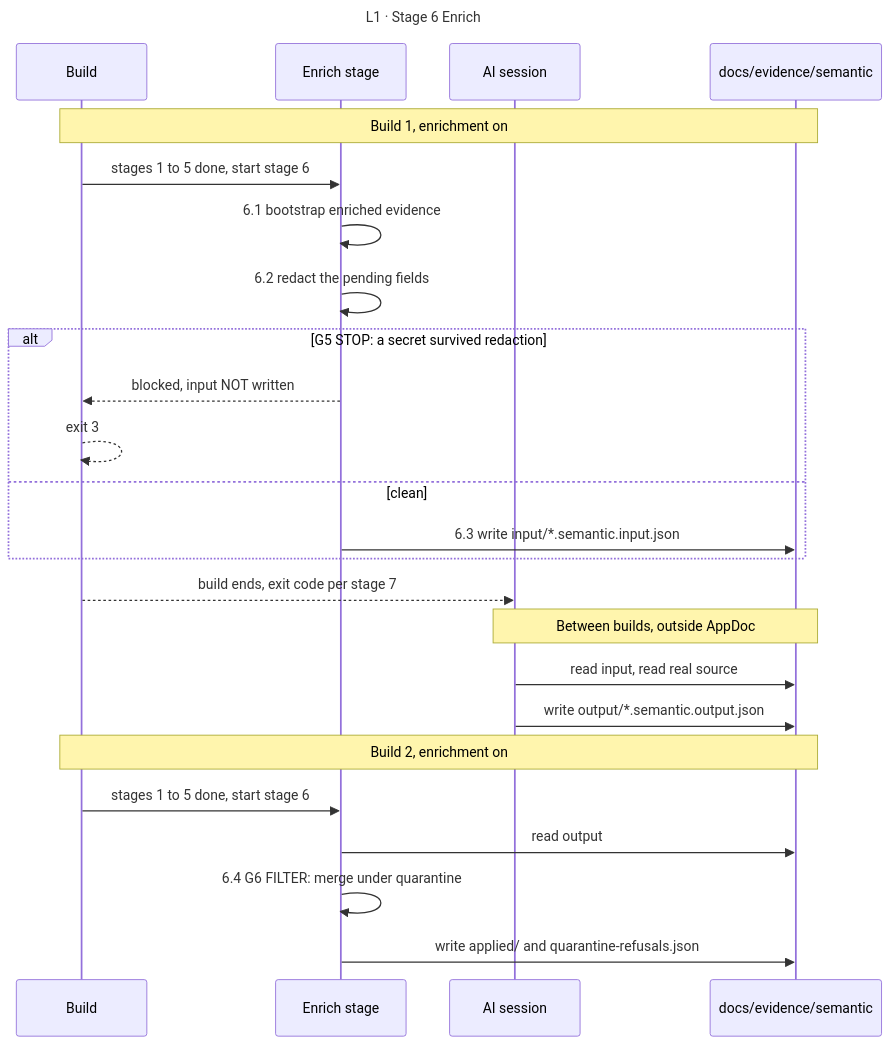
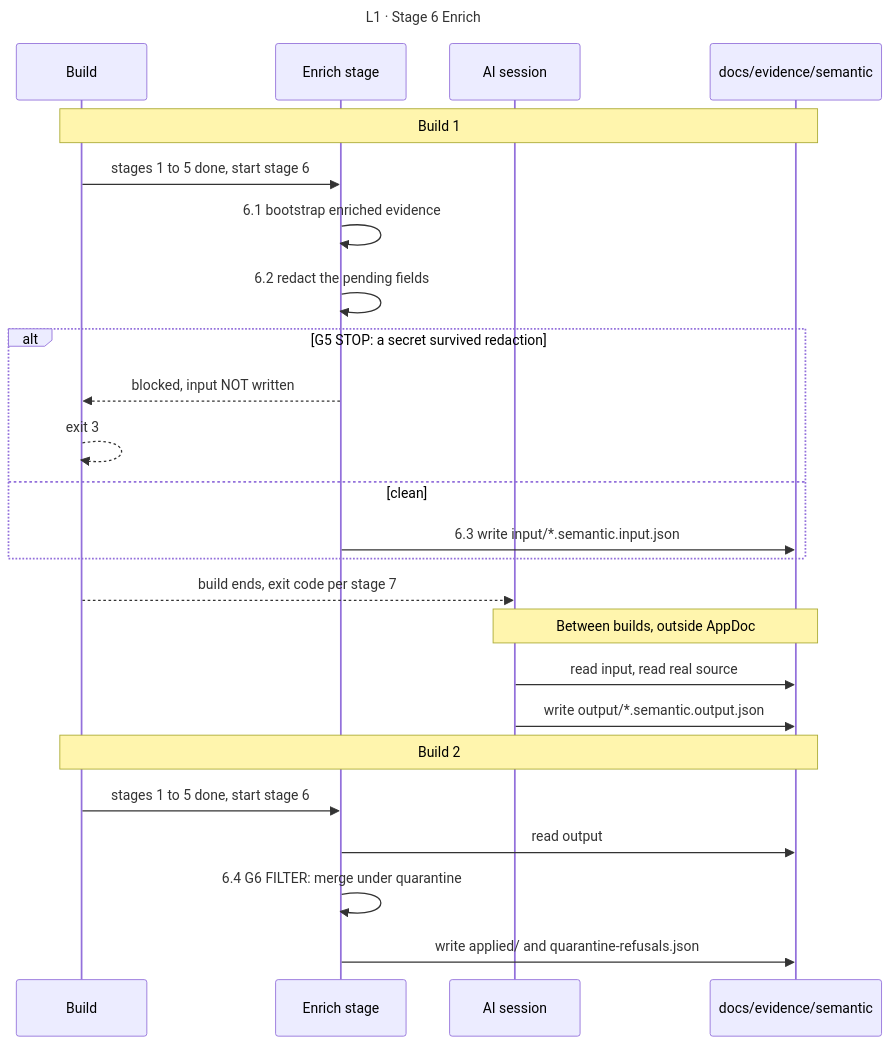
Before and after one commit to HeWhoRoams/AppDoc: the diagram in docs/pipeline/06-enrich.md, drawn with Mermaid. The commit also changed other lines of this file and 17 other files, not shown here.

````diff
--- a/docs/pipeline/06-enrich.md
+++ b/docs/pipeline/06-enrich.md
@@ -11,35 +11,35 @@
 ```mermaid
 ---
 title: "L1 · Stage 6 Enrich"
 ---
 sequenceDiagram
   accTitle: Stage 6 Enrich
-  accDescr: In build 1 with enrichment on, the stage bootstraps enriched evidence and writes a redacted input file, after secret gate G5, which stops the build with exit 3 if a secret survived. The AI session reads the input and the real source files and writes an output file. In build 2 the stage reads that output and merges it through filter gate G6, which refuses any attempt to overwrite a verified fact and logs it. The merged result and the refusal log are written.
+  accDescr: In build 1 the stage bootstraps enriched evidence and writes a redacted input file, after secret gate G5, which stops the build with exit 3 if a secret survived. The AI session reads the input and the real source files and writes an output file. In build 2 the stage reads that output and merges it through filter gate G6, which refuses any attempt to overwrite a verified fact and logs it. The merged result and the refusal log are written.
 
   participant B as Build
   participant E as Enrich stage
   participant S as AI session
   participant F as docs/evidence/semantic
 
-  Note over B,F: Build 1, enrichment on
+  Note over B,F: Build 1
   B->>E: stages 1 to 5 done, start stage 6
   E->>E: 6.1 bootstrap enriched evidence
   E->>E: 6.2 redact the pending fields
   alt G5 STOP: a secret survived redaction
     E-->>B: blocked, input NOT written
     B-->>B: exit 3
   else clean
     E->>F: 6.3 write input/*.semantic.input.json
   end
   B-->>S: build ends, exit code per stage 7
 
   Note over S,F: Between builds, outside AppDoc
   S->>F: read input, read real source
   S->>F: write output/*.semantic.output.json
 
-  Note over B,F: Build 2, enrichment on
+  Note over B,F: Build 2
   B->>E: stages 1 to 5 done, start stage 6
   E->>F: read output
   E->>E: 6.4 G6 FILTER: merge under quarantine
   E->>F: write applied/ and quarantine-refusals.json
 ```
````
